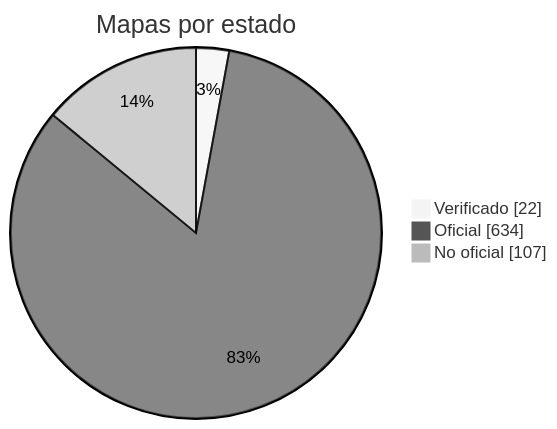
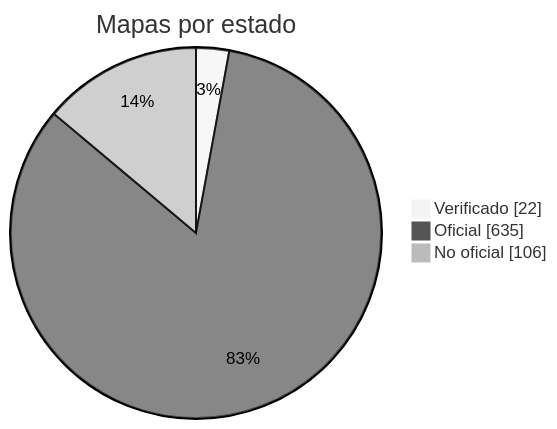
The diagram in docs/readme/README_ES.md (nobrega8/mbmap-library), drawn with Mermaid (neutral theme) before and after one commit. The commit also changed 8 other files, not shown here.

````diff
--- a/docs/readme/README_ES.md
+++ b/docs/readme/README_ES.md
@@ -54,7 +54,7 @@
 ```mermaid
 pie showData
     title Mapas por estado
     "Verificado" : 22
-    "Oficial" : 634
-    "No oficial" : 107
+    "Oficial" : 635
+    "No oficial" : 106
 ```
````
